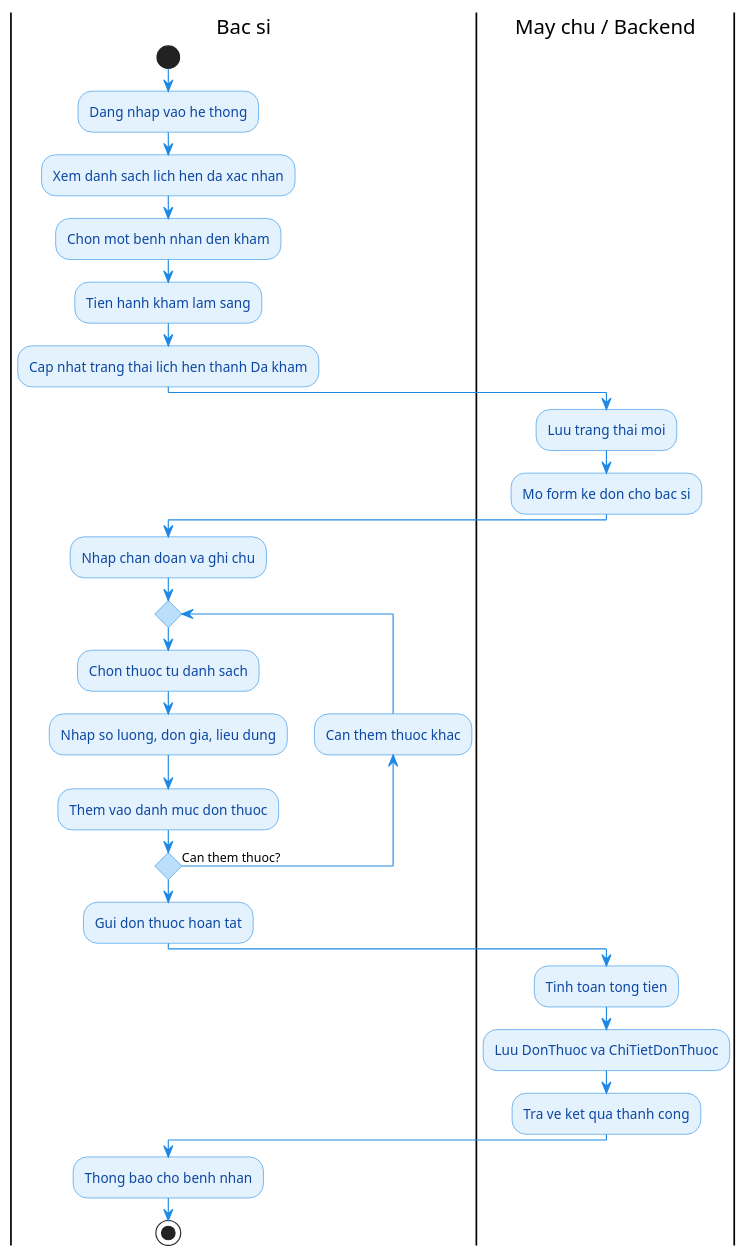
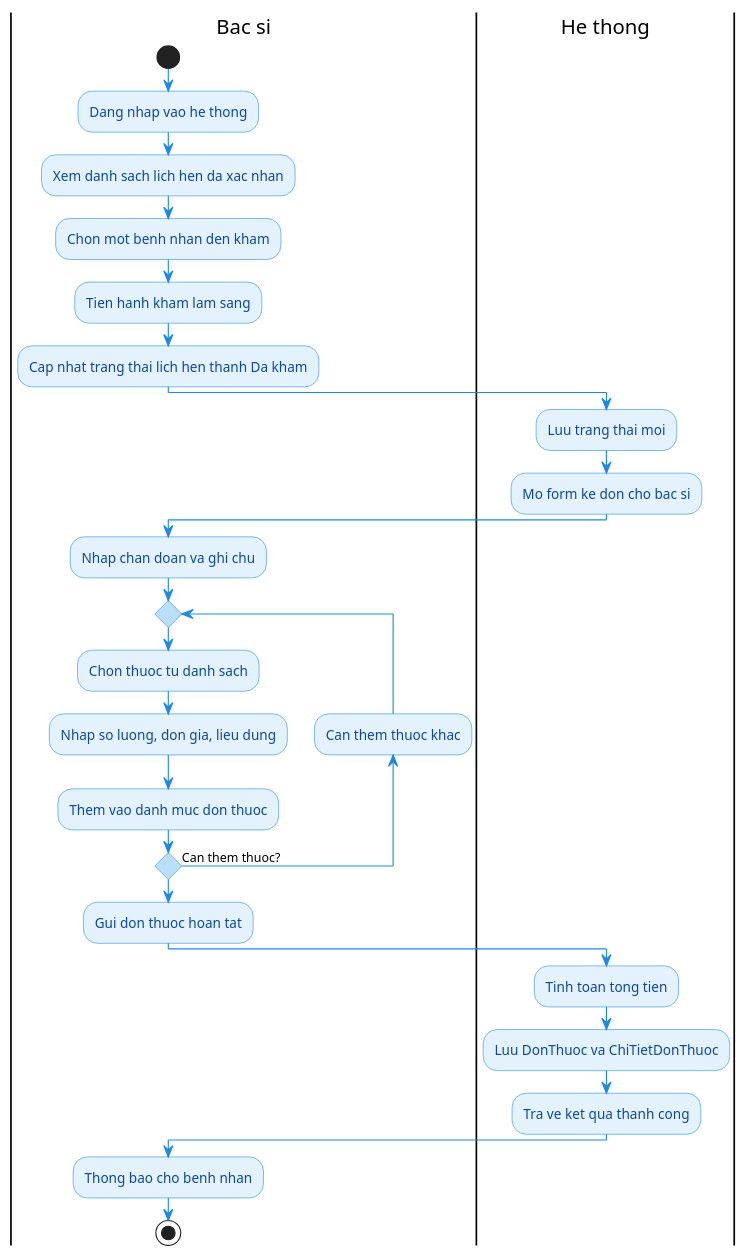
Before and after one commit to yqhuouc/HealthCare: the diagram in server/doc/diagrams/ACT_03_KeDonThuoc.puml, drawn with PlantUML. The commit also changed 12 other files, not shown here.

Commit message:
docs: add PlantUML activity diagrams for core system workflows and initialize server configuration files

```diff
--- a/server/doc/diagrams/ACT_03_KeDonThuoc.puml
+++ b/server/doc/diagrams/ACT_03_KeDonThuoc.puml
@@ -1,50 +1,50 @@
 @startuml Activity_KeDonThuoc
 
 skinparam shadowing false
 skinparam backgroundColor white
 skinparam conditionStyle diamond
 skinparam ConditionEndStyle hline
 
 skinparam activity {
   BackgroundColor #E3F2FD
   BorderColor #1E88E5
   FontColor #0D47A1
   RoundCorner 15
 }
 
 skinparam activityDiamondBackgroundColor #BBDEFB
 skinparam activityDiamondBorderColor #1E88E5
 skinparam activityDiamondFontColor #0D47A1
 skinparam ArrowColor #1E88E5
 
 |Bac si|
 start
 :Dang nhap vao he thong;
 :Xem danh sach lich hen da xac nhan;
 :Chon mot benh nhan den kham;
 :Tien hanh kham lam sang;
 :Cap nhat trang thai lich hen thanh Da kham;
 
-|May chu / Backend|
+|He thong|
 :Luu trang thai moi;
 :Mo form ke don cho bac si;
 
 |Bac si|
 :Nhap chan doan va ghi chu;
 repeat
   :Chon thuoc tu danh sach;
   :Nhap so luong, don gia, lieu dung;
   :Them vao danh muc don thuoc;
 backward:Can them thuoc khac;
 repeat while (Can them thuoc?) is (Co) not (Khong)
 :Gui don thuoc hoan tat;
 
-|May chu / Backend|
+|He thong|
 :Tinh toan tong tien;
 :Luu DonThuoc va ChiTietDonThuoc;
 :Tra ve ket qua thanh cong;
 
 |Bac si|
 :Thong bao cho benh nhan;
 stop
 @enduml
```
